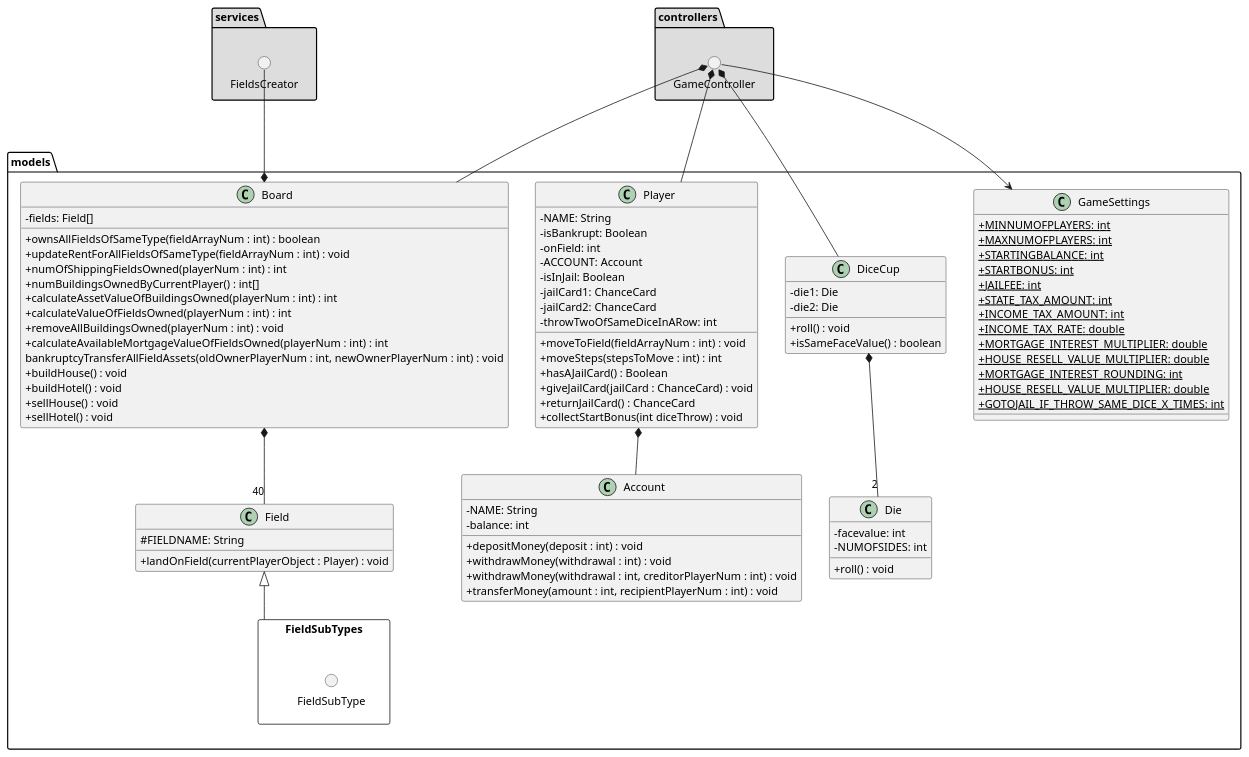
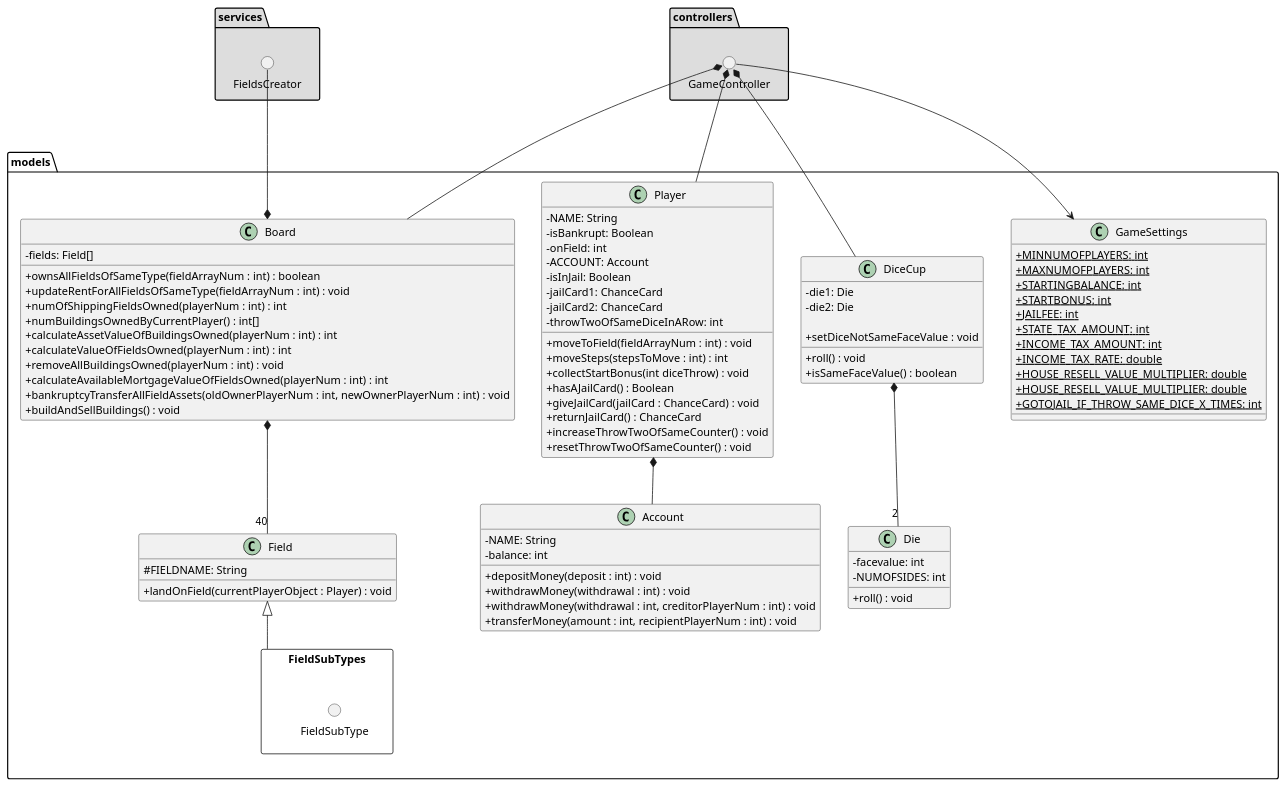
The diagram in 18_final/UML/DesignClassDiagram/Package Models.puml (GabeKierk889/gruppe-18), drawn with PlantUML before and after one commit. The commit also changed 12 other files, not shown here.

Commit message:
Updated class diagrams Added endGame method

```diff
--- a/18_final/UML/DesignClassDiagram/Package Models.puml
+++ b/18_final/UML/DesignClassDiagram/Package Models.puml
@@ -1,122 +1,120 @@
 @startuml
 'https://plantuml.com/class-diagram
 skinparam classAttributeIconSize 0
 'skinparam ParticipantPadding 30
 
 
 package  services #DDDDDD {
 () FieldsCreator
 }
 
 package  controllers #DDDDDD {
 () GameController
 }
 
 package models {
 
 class GameSettings {
     {static}+MINNUMOFPLAYERS: int
     {static}+MAXNUMOFPLAYERS: int
     {static}+STARTINGBALANCE: int
     {static}+STARTBONUS: int
     {static}+JAILFEE: int
     {static}+STATE_TAX_AMOUNT: int
     {static}+INCOME_TAX_AMOUNT: int
     {static}+INCOME_TAX_RATE: double
-    {static}+MORTGAGE_INTEREST_MULTIPLIER: double
     {static}+HOUSE_RESELL_VALUE_MULTIPLIER: double
-    {static}+MORTGAGE_INTEREST_ROUNDING: int
     {static}+HOUSE_RESELL_VALUE_MULTIPLIER: double
     {static}+GOTOJAIL_IF_THROW_SAME_DICE_X_TIMES: int
 
 }
 
 class Board {
     -fields: Field[]
 
     +ownsAllFieldsOfSameType(fieldArrayNum : int) : boolean
     +updateRentForAllFieldsOfSameType(fieldArrayNum : int) : void
     +numOfShippingFieldsOwned(playerNum : int) : int
     +numBuildingsOwnedByCurrentPlayer() : int[]
     +calculateAssetValueOfBuildingsOwned(playerNum : int) : int
     +calculateValueOfFieldsOwned(playerNum : int) : int
     +removeAllBuildingsOwned(playerNum : int) : void
     +calculateAvailableMortgageValueOfFieldsOwned(playerNum : int) : int
-    bankruptcyTransferAllFieldAssets(oldOwnerPlayerNum : int, newOwnerPlayerNum : int) : void
-    +buildHouse() : void
-    +buildHotel() : void
-    +sellHouse() : void
-    +sellHotel() : void
+    +bankruptcyTransferAllFieldAssets(oldOwnerPlayerNum : int, newOwnerPlayerNum : int) : void
+    +buildAndSellBuildings() : void
 }
 
 class Player {
     -NAME: String
     -isBankrupt: Boolean
     -onField: int
     -ACCOUNT: Account
     -isInJail: Boolean
     -jailCard1: ChanceCard
     -jailCard2: ChanceCard
     -throwTwoOfSameDiceInARow: int
 
     +moveToField(fieldArrayNum : int) : void
     +moveSteps(stepsToMove : int) : int
+    +collectStartBonus(int diceThrow) : void
     +hasAJailCard() : Boolean
     +giveJailCard(jailCard : ChanceCard) : void
     +returnJailCard() : ChanceCard
-    +collectStartBonus(int diceThrow) : void
+    +increaseThrowTwoOfSameCounter() : void
+    +resetThrowTwoOfSameCounter() : void
 }
 
 
 class Field {
     #FIELDNAME: String
 
     +landOnField(currentPlayerObject : Player) : void
 }
 
 class Account {
     -NAME: String
     -balance: int
 
     +depositMoney(deposit : int) : void
     +withdrawMoney(withdrawal : int) : void
     +withdrawMoney(withdrawal : int, creditorPlayerNum : int) : void
     +transferMoney(amount : int, recipientPlayerNum : int) : void
 }
 
 class DiceCup {
     -die1: Die
     -die2: Die
 
     +roll() : void
     +isSameFaceValue() : boolean
+    +setDiceNotSameFaceValue : void
 }
 
 class Die {
     -facevalue: int
     -NUMOFSIDES: int
 
     +roll() : void
 }
 
 package FieldSubTypes <<Rectangle>> {
 
 () FieldSubType
 
 }
 
 }
 
 
 FieldsCreator ---* Board
 Board *-- "40" Field
 GameController *-- Board
 GameController *--- DiceCup
 GameController *-- Player
 Player *-- Account
 GameController --> GameSettings
 Field <|-- FieldSubTypes
 DiceCup *-- "2" Die
 
 
 @enduml
```
